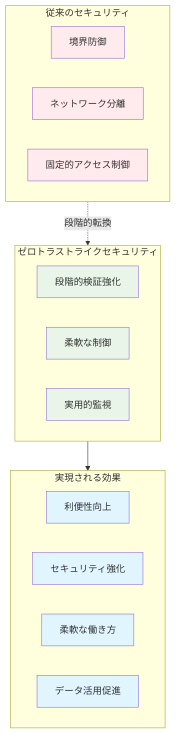
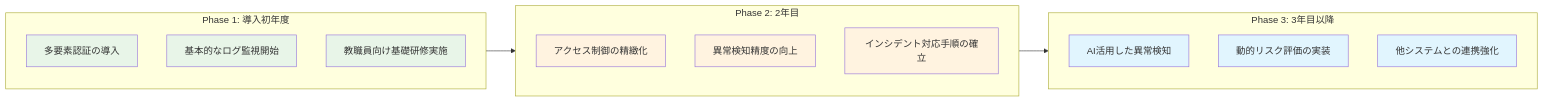
The third of 3 diagrams in books/d87165478af519/chapter02.md (nahisaho/zenn-writing-collection), drawn with Mermaid before and after one commit. The commit also changed other lines of this file and 17 other files, not shown here.

````diff
--- a/books/d87165478af519/chapter02.md
+++ b/books/d87165478af519/chapter02.md
@@ -488,32 +530,31 @@
 ```mermaid
-graph TB
-    subgraph TraditionalSecurity["従来のセキュリティ"]
-        A[境界防御]
-        B[ネットワーク分離]
-        C[固定的アクセス制御]
+graph LR
+    subgraph Phase1["Phase 1: 導入初年度"]
+        A1[多要素認証の導入]
+        A2[基本的なログ監視開始]
+        A3[教職員向け基礎研修実施]
     end
     
-    subgraph ZeroTrustLikeSecurity["ゼロトラストライクセキュリティ"]
-        D[段階的検証強化]
-        E[柔軟な制御]
-        F[実用的監視]
+    subgraph Phase2["Phase 2: 2年目"]
+        B1[アクセス制御の精緻化]
+        B2[異常検知精度の向上]
+        B3[インシデント対応手順の確立]
     end
     
-    subgraph Benefits["実現される効果"]
-        G[利便性向上]
-        H[セキュリティ強化]
-        I[柔軟な働き方]
-        J[データ活用促進]
+    subgraph Phase3["Phase 3: 3年目以降"]
+        C1[AI活用した異常検知]
+        C2[動的リスク評価の実装]
+        C3[他システムとの連携強化]
     end
     
-    TraditionalSecurity -.-> |段階的転換| ZeroTrustLikeSecurity
-    ZeroTrustLikeSecurity --> Benefits
+    Phase1 --> Phase2
+    Phase2 --> Phase3
     
-    classDef oldStyle fill:#ffebee
-    classDef newStyle fill:#e8f5e8
-    classDef benefitStyle fill:#e1f5fe
+    classDef phase1Style fill:#e8f5e8
+    classDef phase2Style fill:#fff3e0
+    classDef phase3Style fill:#e1f5fe
     
-    class A,B,C oldStyle
-    class D,E,F newStyle
-    class G,H,I,J benefitStyle
+    class A1,A2,A3 phase1Style
+    class B1,B2,B3 phase2Style
+    class C1,C2,C3 phase3Style
 ```
````
